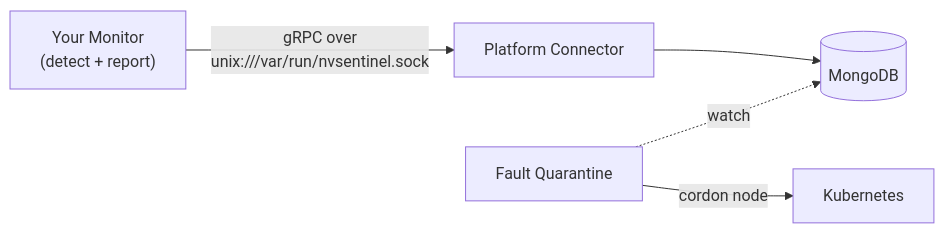
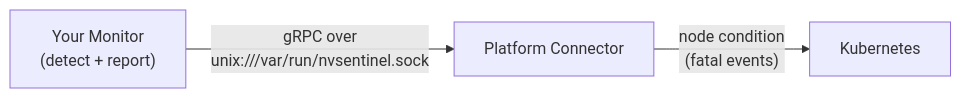
Before and after one commit to NVIDIA/NVSentinel: the diagram in docs/tutorials/writing-a-health-monitor.md, drawn with Mermaid. The commit also changed other lines of this file and 1 other file, not shown here.

````diff
--- a/docs/tutorials/writing-a-health-monitor.md
+++ b/docs/tutorials/writing-a-health-monitor.md
@@ -38,7 +44,5 @@
 ```mermaid
 graph LR
     YM["Your Monitor<br/>(detect + report)"] -->|"gRPC over<br/>unix:///var/run/nvsentinel.sock"| PC["Platform Connector"]
-    PC --> STORE[("MongoDB")]
-    FQ["Fault Quarantine"] -.->|watch| STORE
-    FQ -->|cordon node| K8S["Kubernetes"]
+    PC -->|"node condition<br/>(fatal events)"| K8S["Kubernetes"]
 ```
````
